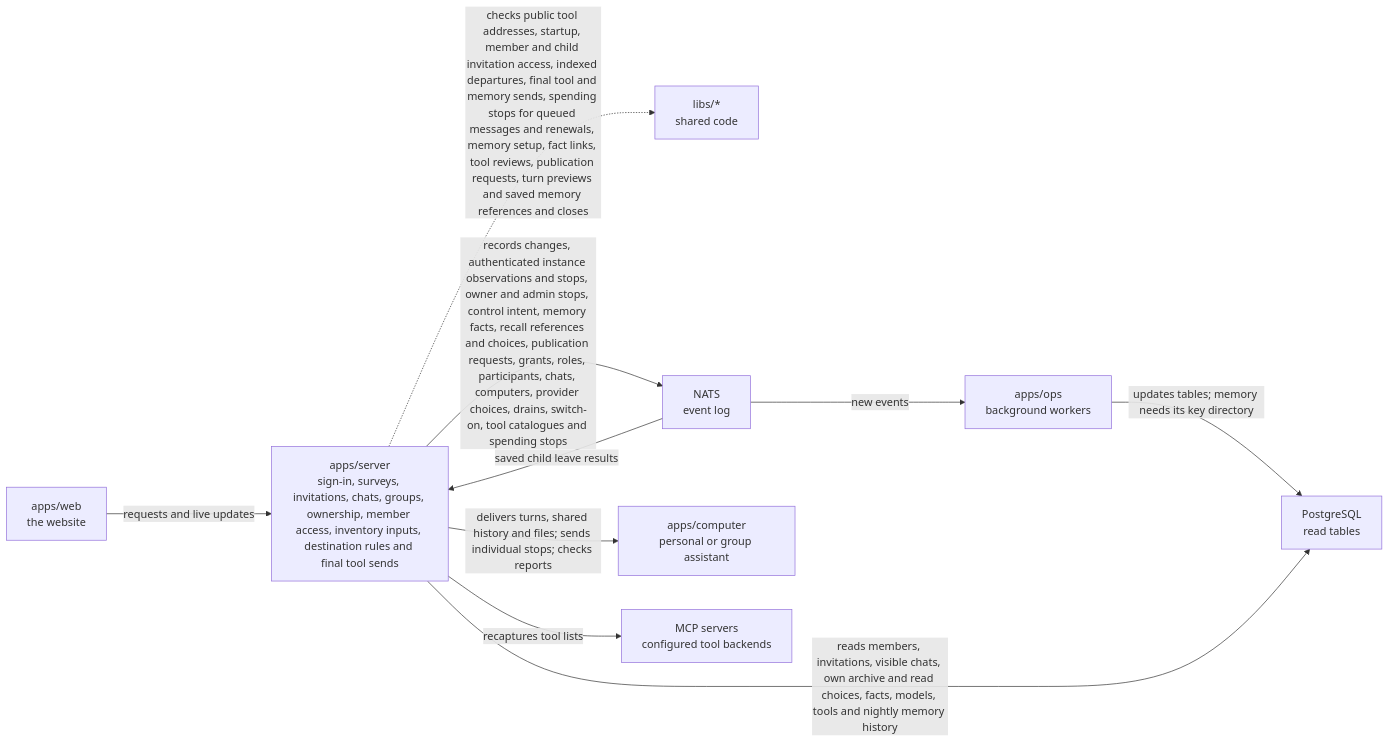
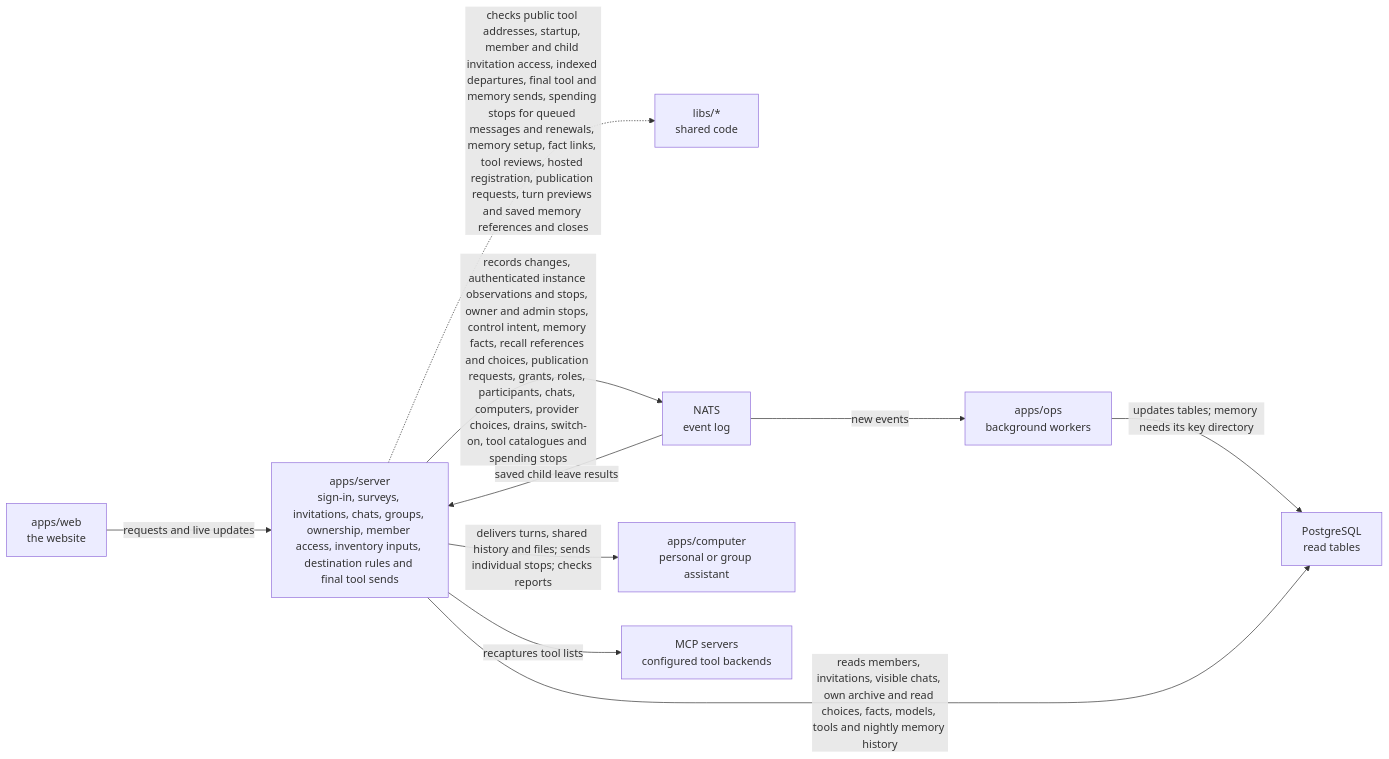
The diagram in apps/server/README.md (elewa-git/opencrane-new), drawn with Mermaid before and after one commit. The commit also changed other lines of this file and 17 other files, not shown here.

Commit message:
📦 Register hosted images and recover saved requests

````diff
--- a/apps/server/README.md
+++ b/apps/server/README.md
@@ -11,12 +11,12 @@
 ```mermaid
 flowchart LR
   web["apps/web<br/>the website"] -->|requests and live updates| server["apps/server<br/>sign-in, surveys, invitations, chats, groups, ownership, member access, inventory inputs, destination rules and final tool sends"]
-  server -.->|checks public tool addresses, startup, member and child invitation access, indexed departures, final tool and memory sends, spending stops for queued messages and renewals, memory setup, fact links, tool reviews, publication requests, turn previews and saved memory references and closes| libs["libs/*<br/>shared code"]
+  server -.->|checks public tool addresses, startup, member and child invitation access, indexed departures, final tool and memory sends, spending stops for queued messages and renewals, memory setup, fact links, tool reviews, hosted registration, publication requests, turn previews and saved memory references and closes| libs["libs/*<br/>shared code"]
   server -->|records changes, authenticated instance observations and stops, owner and admin stops, control intent, memory facts, recall references and choices, publication requests, grants, roles, participants, chats, computers, provider choices, drains, switch-on, tool catalogues and spending stops| nats["NATS<br/>event log"]
   nats -->|saved child leave results| server
   nats -->|new events| ops["apps/ops<br/>background workers"]
   ops -->|updates tables; memory needs its key directory| postgres["PostgreSQL<br/>read tables"]
   server -->|reads members, invitations, visible chats, own archive and read choices, facts, models, tools and nightly memory history| postgres
   server -->|delivers turns, shared history and files; sends individual stops; checks reports| computer["apps/computer<br/>personal or group assistant"]
   server -->|recaptures tool lists| mcp["MCP servers<br/>configured tool backends"]
 ```
````
